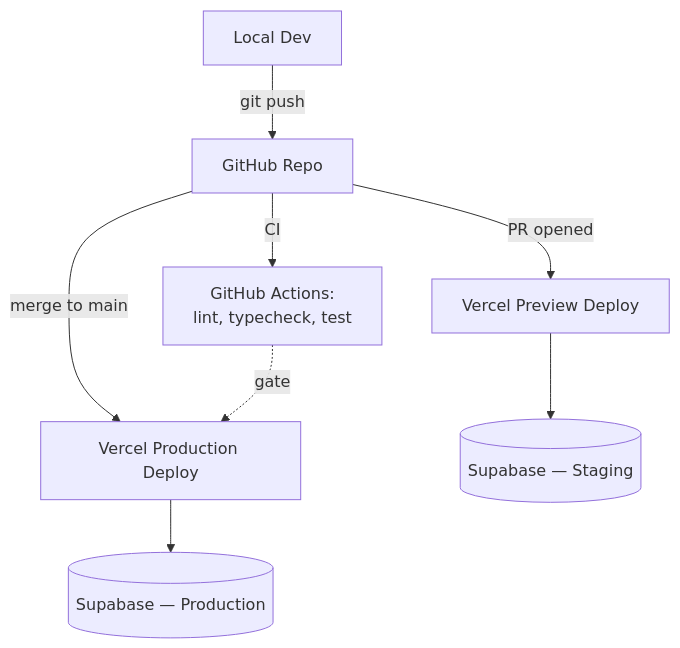
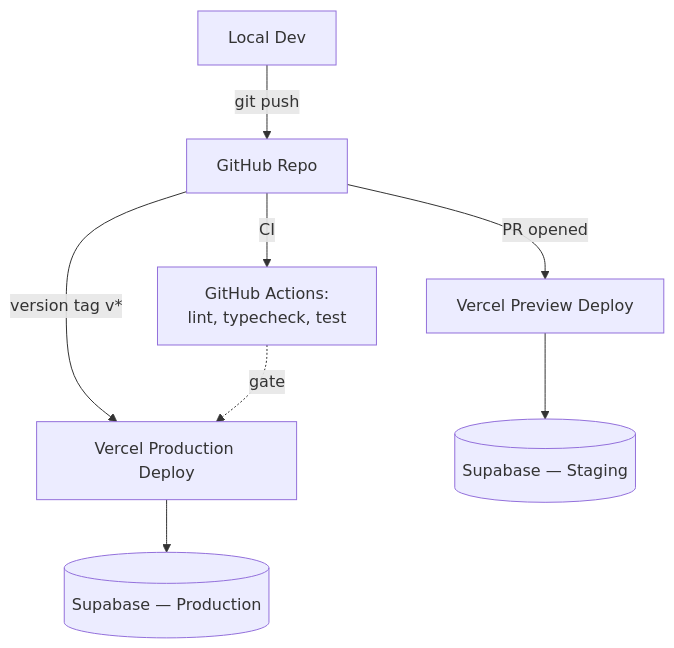
Before and after one commit to AsimovNo9/MyAlgo: the first of 2 diagrams in DEPLOYMENT_AND_SCALING.md, drawn with Mermaid. The commit also changed other lines of this file and 4 other files, not shown here.

Commit message:
ci: deploy production only from version tags

````diff
--- a/DEPLOYMENT_AND_SCALING.md
+++ b/DEPLOYMENT_AND_SCALING.md
@@ -39,10 +39,10 @@
 ```mermaid
 flowchart TB
     DEV[Local Dev] -->|git push| GH[GitHub Repo]
     GH -->|PR opened| PREVIEW[Vercel Preview Deploy]
-    GH -->|merge to main| PROD[Vercel Production Deploy]
+    GH -->|version tag v*| PROD[Vercel Production Deploy]
     PROD --> SUPA_PROD[(Supabase — Production)]
     PREVIEW --> SUPA_STAGE[(Supabase — Staging)]
     GH -->|CI| ACTIONS[GitHub Actions:<br/>lint, typecheck, test]
     ACTIONS -.gate.-> PROD
 ```
````
